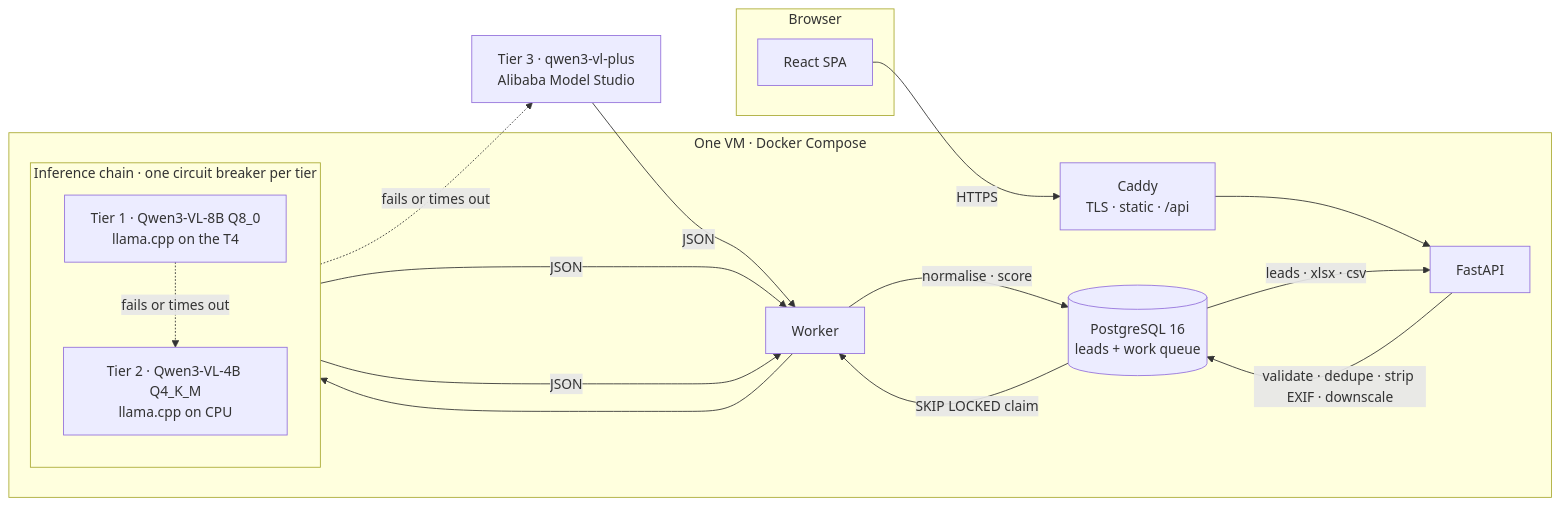
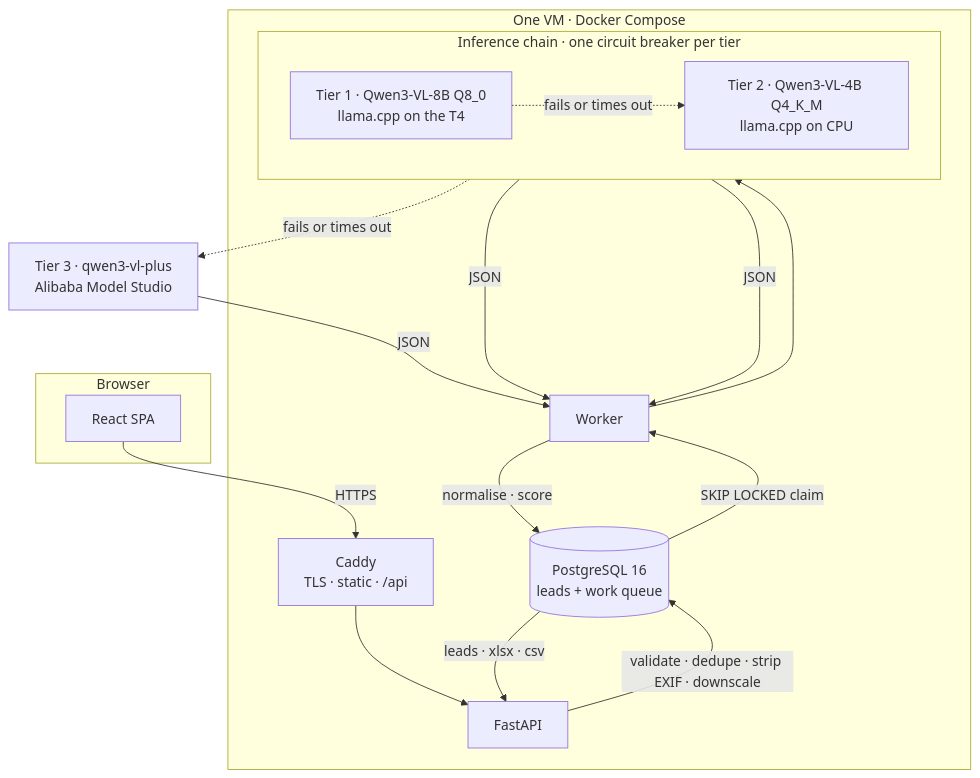
The diagram in README.md (muditagrawal-alt/VLM_Business_Card_Lead_Extraction), drawn with Mermaid before and after one commit.

Commit message:
docs(readme): lay the system diagram out top to bottom
Left to right it rendered at a third of its size inside GitHub's README
column and needed the zoom control to read; stacked, every label is legible
at the column's natural width.

````diff
--- a/README.md
+++ b/README.md
@@ -68,26 +68,26 @@
 ```mermaid
-flowchart LR
+flowchart TB
     subgraph browser [Browser]
         UI[React SPA]
     end
     subgraph vm ["One VM · Docker Compose"]
         Caddy["Caddy<br/>TLS · static · /api"]
         API[FastAPI]
         PG[("PostgreSQL 16<br/>leads + work queue")]
         W[Worker]
         subgraph chain ["Inference chain · one circuit breaker per tier"]
-            direction TB
+            direction LR
             T1["Tier 1 · Qwen3-VL-8B Q8_0<br/>llama.cpp on the T4"]
             T2["Tier 2 · Qwen3-VL-4B Q4_K_M<br/>llama.cpp on CPU"]
         end
     end
     T3["Tier 3 · qwen3-vl-plus<br/>Alibaba Model Studio"]
 
     UI -- HTTPS --> Caddy --> API
     API -- "validate · dedupe · strip EXIF · downscale" --> PG
     PG -- "SKIP LOCKED claim" --> W
     W --> T1 -. "fails or times out" .-> T2 -. "fails or times out" .-> T3
     T1 & T2 & T3 -- JSON --> W
     W -- "normalise · score" --> PG
     PG -- "leads · xlsx · csv" --> API
 ```
````
